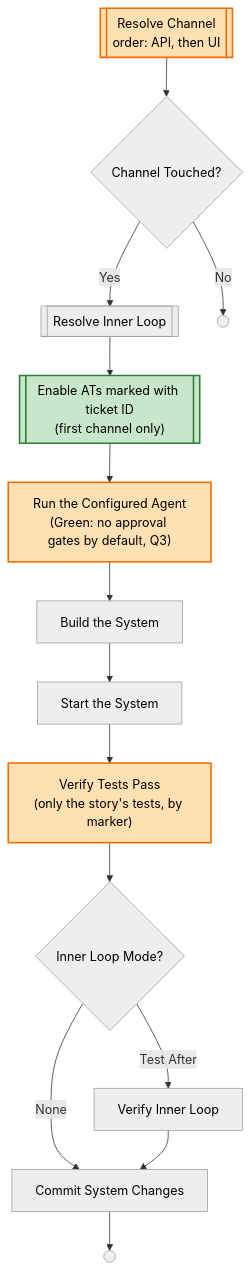
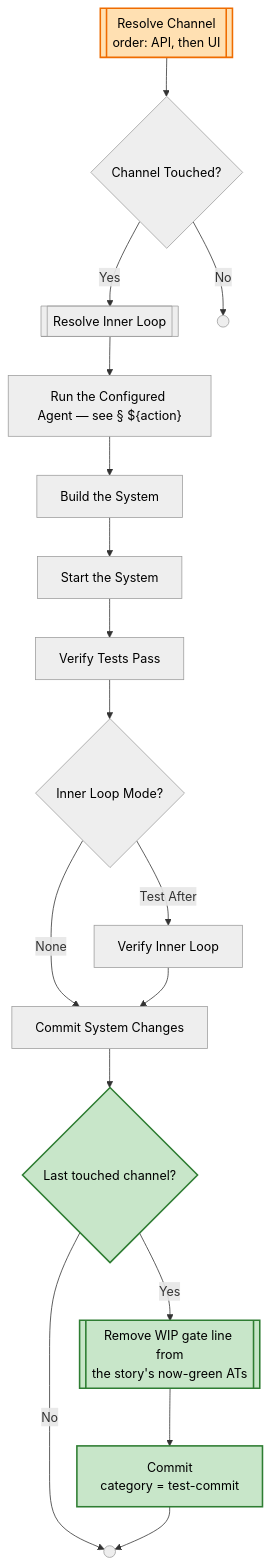
Before and after one commit to optivem/gh-optivem: the eighth of 11 diagrams in plans/20261109-1219-improved-atdd-process-flow.md, drawn with Mermaid. The commit also changed other lines of this file and 9 other files, not shown here.

````diff
--- a/plans/20261109-1219-improved-atdd-process-flow.md
+++ b/plans/20261109-1219-improved-atdd-process-flow.md
@@ -259,37 +256,41 @@
 ```mermaid
 flowchart TD
     RESOLVE_CHANNEL[["Resolve Channel<br/>order: API, then UI"]]
     GATE_CHANNEL_TOUCHED{Channel Touched?}
     RESOLVE_INNER_LOOP[[Resolve Inner Loop]]
     CHANNEL_SKIPPED(( ))
-    ENABLE_STORY_TESTS[["Enable ATs marked with ticket ID<br/>(first channel only)"]]
-    RUN_ACTION["Run the Configured Agent<br/>(Green: no approval gates by default, Q3)"]
+    RUN_ACTION["Run the Configured Agent — see § ${action}"]
     BUILD_SYSTEM[Build the System]
     START_SYSTEM[Start the System]
-    VERIFY_TESTS_PASS["Verify Tests Pass<br/>(only the story's tests, by marker)"]
+    VERIFY_TESTS_PASS[Verify Tests Pass]
     GATE_INNER_LOOP{Inner Loop Mode?}
     VERIFY_INNER_LOOP[Verify Inner Loop]
     COMMIT_SYSTEM[Commit System Changes]
     IMPL_AND_VERIFY_SYSTEM_END(( ))
 
     RESOLVE_CHANNEL --> GATE_CHANNEL_TOUCHED
     GATE_CHANNEL_TOUCHED -- Yes --> RESOLVE_INNER_LOOP
     GATE_CHANNEL_TOUCHED -- No --> CHANNEL_SKIPPED
-    RESOLVE_INNER_LOOP --> ENABLE_STORY_TESTS
-    ENABLE_STORY_TESTS --> RUN_ACTION
+    RESOLVE_INNER_LOOP --> RUN_ACTION
     RUN_ACTION --> BUILD_SYSTEM
     BUILD_SYSTEM --> START_SYSTEM
     START_SYSTEM --> VERIFY_TESTS_PASS
     VERIFY_TESTS_PASS --> GATE_INNER_LOOP
     GATE_INNER_LOOP -- None --> COMMIT_SYSTEM
     GATE_INNER_LOOP -- Test After --> VERIFY_INNER_LOOP
     VERIFY_INNER_LOOP --> COMMIT_SYSTEM
-    COMMIT_SYSTEM --> IMPL_AND_VERIFY_SYSTEM_END
+    COMMIT_SYSTEM --> GATE_LAST_CHANNEL
+    GATE_LAST_CHANNEL{Last touched channel?}
+    GATE_LAST_CHANNEL -- No --> IMPL_AND_VERIFY_SYSTEM_END
+    GATE_LAST_CHANNEL -- Yes --> REMOVE_WIP_GATE[["Remove WIP gate line from<br/>the story's now-green ATs"]]
+    REMOVE_WIP_GATE --> COMMIT_WIP_GATE_REMOVAL["Commit<br/>category = test-commit"]
+    COMMIT_WIP_GATE_REMOVAL --> IMPL_AND_VERIFY_SYSTEM_END
 
     classDef unchanged fill:#eeeeee,stroke:#9e9e9e,color:#000
     classDef changed fill:#ffe0b2,stroke:#ef6c00,stroke-width:2px,color:#000
     classDef new fill:#c8e6c9,stroke:#2e7d32,stroke-width:2px,color:#000
     class GATE_CHANNEL_TOUCHED,RESOLVE_INNER_LOOP,CHANNEL_SKIPPED,BUILD_SYSTEM,START_SYSTEM,GATE_INNER_LOOP,VERIFY_INNER_LOOP,COMMIT_SYSTEM,IMPL_AND_VERIFY_SYSTEM_END unchanged
-    class RESOLVE_CHANNEL,RUN_ACTION,VERIFY_TESTS_PASS changed
-    class ENABLE_STORY_TESTS new
+    class RUN_ACTION,VERIFY_TESTS_PASS unchanged
+    class RESOLVE_CHANNEL changed
+    class GATE_LAST_CHANNEL,REMOVE_WIP_GATE,COMMIT_WIP_GATE_REMOVAL new
 ```
````
